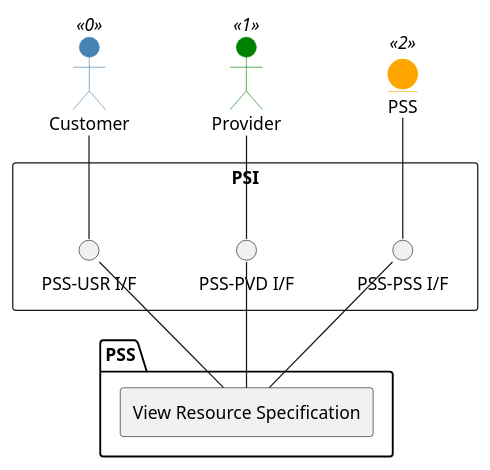
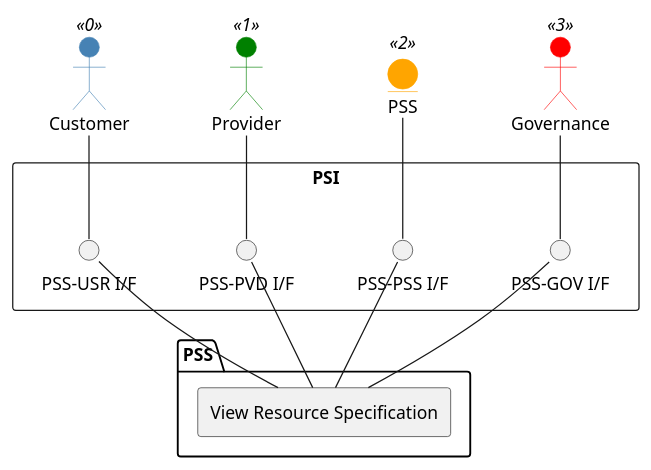
Before and after one commit to psi-consortium/psi: the diagram in doc/PSI/PSI-TOD/operations/TOD-02-01-04-View_Resource_Specification.md, drawn with PlantUML. The commit also changed other lines of this file and 926 other files, not shown here.

````diff
--- a/doc/PSI/PSI-TOD/operations/TOD-02-01-04-View_Resource_Specification.md
+++ b/doc/PSI/PSI-TOD/operations/TOD-02-01-04-View_Resource_Specification.md
@@ -9,40 +9,44 @@
 ```plantuml
 @startuml
 skinparam actor {
   BackgroundColor<< 0 >> 	SteelBlue
   BorderColor<< 0 >> 		SteelBlue
   BackgroundColor<< 1 >> 	Green
   BorderColor<< 1 >> 		Green
   BackgroundColor<< 3 >> 	Red
   BorderColor<< 3 >> 		Red
 }
 
 skinparam entity{
   BackgroundColor<< 2 >> 	Orange
   BorderColor<< 2 >> 		Orange
 }
 
 Customer << 0 >>
 Provider << 1 >>
 entity PSS << 2 >> as PSS1
+Governance << 3 >>
 
 rectangle "PSI" {
   interface "PSS-PVD I/F" as I1
   interface "PSS-PSS I/F" as I2
   interface "PSS-USR I/F" as I3
+  interface "PSS-GOV I/F" as I4
 }
 
 package "PSS" {
   rectangle "View Resource Specification" as Operation
 }
 
 Provider --	    I1
 I1 --           Operation
 PSS1 --         I2
 I2 --           Operation
 Customer --     I3
 I3 --           Operation
+Governance --   I4
+I4 --           Operation
 
 @enduml
 
 ```
````
